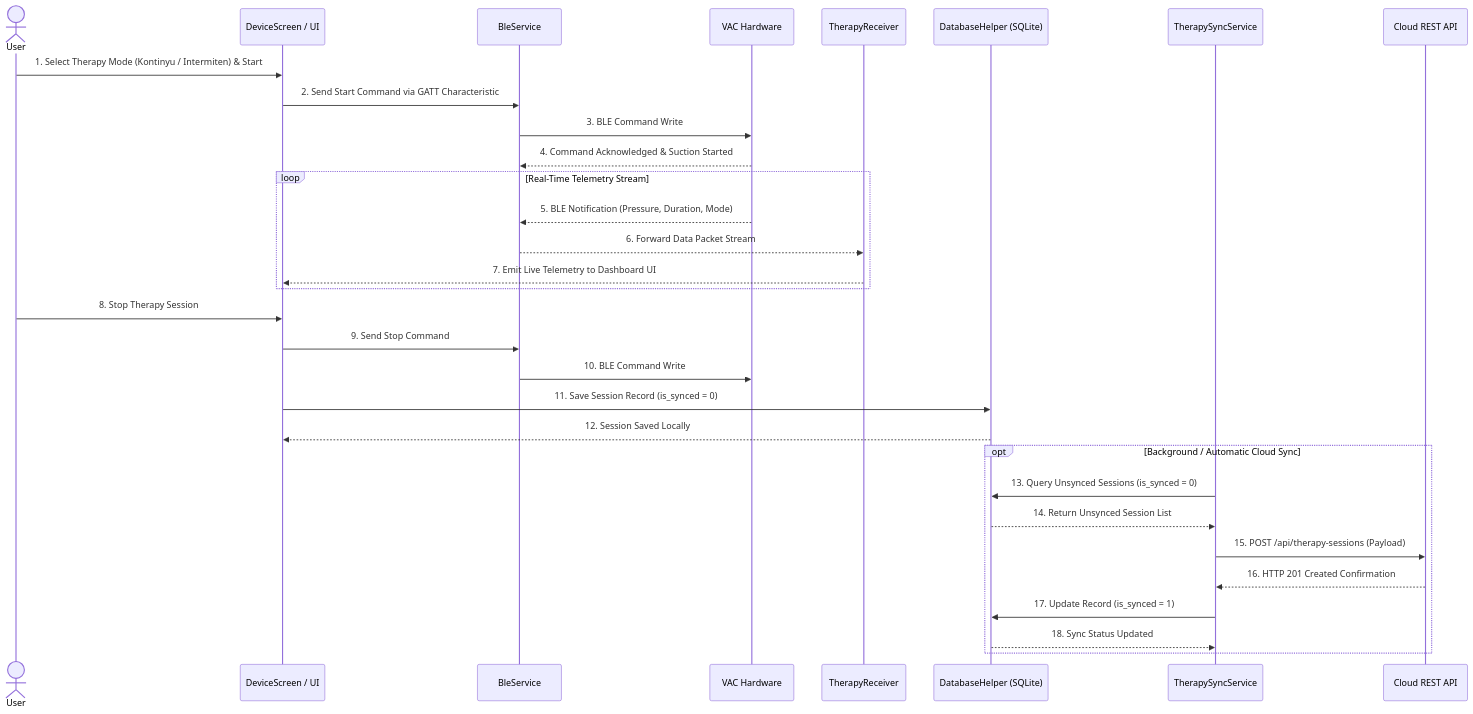
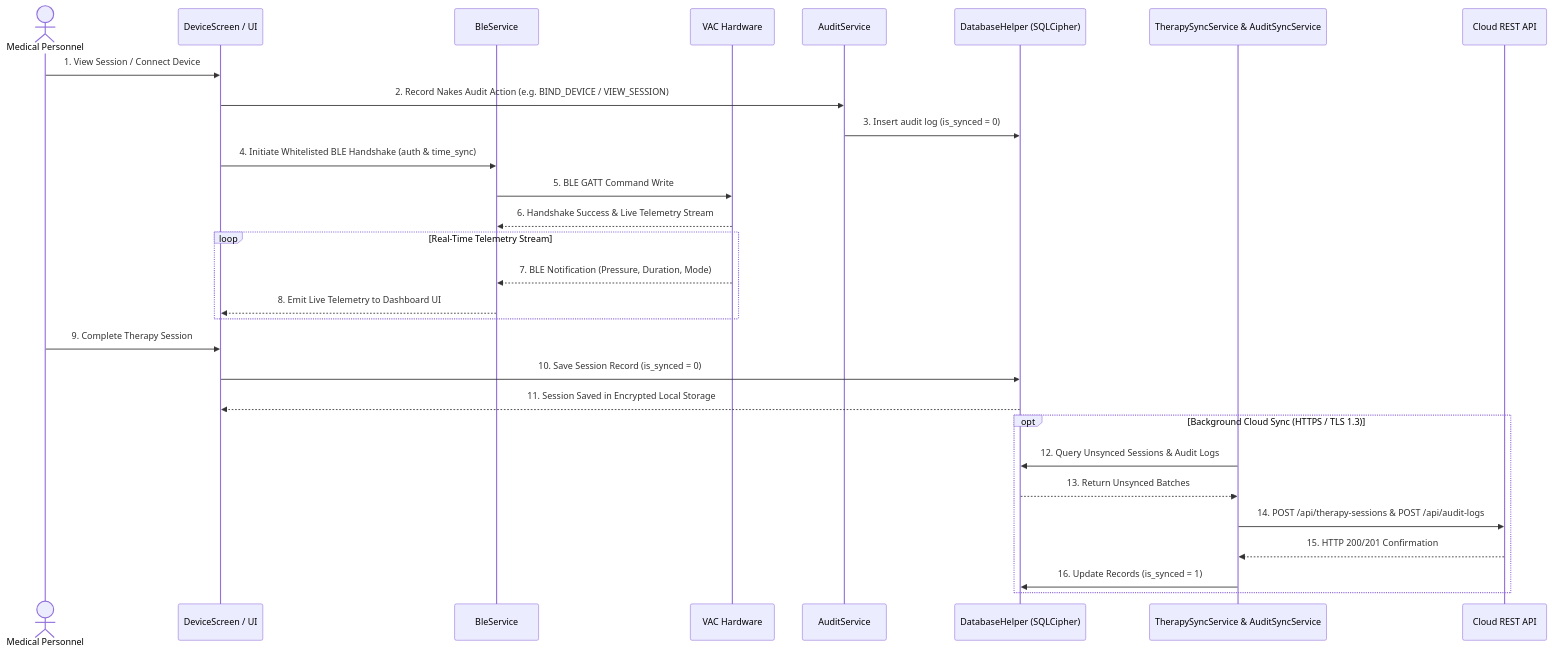
The third of 3 diagrams in README.md (nashirabbash/VAC-IoT), drawn with Mermaid before and after one commit. The commit also changed other lines of this file, not shown here.

Commit message:
docs: update README.md with SQLCipher, audit logs, BLE safety, and TLS 1.3 details

````diff
--- a/README.md
+++ b/README.md
@@ -545,41 +469,39 @@
 ```mermaid
 sequenceDiagram
     accTitle: End-to-End Therapy Session and Cloud Sync Flow
-    accDescr: Sequence diagram illustrating device connection, telemetry stream reception, session completion local persistence, and cloud sync.
+    accDescr: Sequence diagram illustrating device connection, telemetry stream reception, session completion local persistence, audit logging, and cloud sync.
 
-    actor User
+    actor User as Medical Personnel
     participant UI as DeviceScreen / UI
     participant BLE as BleService
     participant VAC as VAC Hardware
-    participant Rx as TherapyReceiver
-    participant DB as DatabaseHelper (SQLite)
-    participant Sync as TherapySyncService
+    participant Audit as AuditService
+    participant DB as DatabaseHelper (SQLCipher)
+    participant Sync as TherapySyncService & AuditSyncService
     participant API as Cloud REST API
 
-    User->>UI: 1. Select Therapy Mode (Kontinyu / Intermiten) & Start
-    UI->>BLE: 2. Send Start Command via GATT Characteristic
-    BLE->>VAC: 3. BLE Command Write
-    VAC-->>BLE: 4. Command Acknowledged & Suction Started
+    User->>UI: 1. View Session / Connect Device
+    UI->>Audit: 2. Record Nakes Audit Action (e.g. BIND_DEVICE / VIEW_SESSION)
+    Audit->>DB: 3. Insert audit log (is_synced = 0)
+    
+    UI->>BLE: 4. Initiate Whitelisted BLE Handshake (auth & time_sync)
+    BLE->>VAC: 5. BLE GATT Command Write
+    VAC-->>BLE: 6. Handshake Success & Live Telemetry Stream
     
     loop Real-Time Telemetry Stream
-        VAC-->>BLE: 5. BLE Notification (Pressure, Duration, Mode)
-        BLE-->>Rx: 6. Forward Data Packet Stream
-        Rx-->>UI: 7. Emit Live Telemetry to Dashboard UI
+        VAC-->>BLE: 7. BLE Notification (Pressure, Duration, Mode)
+        BLE-->>UI: 8. Emit Live Telemetry to Dashboard UI
     end
 
-    User->>UI: 8. Stop Therapy Session
-    UI->>BLE: 9. Send Stop Command
-    BLE->>VAC: 10. BLE Command Write
-    
-    UI->>DB: 11. Save Session Record (is_synced = 0)
-    DB-->>UI: 12. Session Saved Locally
+    User->>UI: 9. Complete Therapy Session
+    UI->>DB: 10. Save Session Record (is_synced = 0)
+    DB-->>UI: 11. Session Saved in Encrypted Local Storage
 
-    opt Background / Automatic Cloud Sync
-        Sync->>DB: 13. Query Unsynced Sessions (is_synced = 0)
-        DB-->>Sync: 14. Return Unsynced Session List
-        Sync->>API: 15. POST /api/therapy-sessions (Payload)
-        API-->>Sync: 16. HTTP 201 Created Confirmation
-        Sync->>DB: 17. Update Record (is_synced = 1)
-        DB-->>Sync: 18. Sync Status Updated
+    opt Background Cloud Sync (HTTPS / TLS 1.3)
+        Sync->>DB: 12. Query Unsynced Sessions & Audit Logs
+        DB-->>Sync: 13. Return Unsynced Batches
+        Sync->>API: 14. POST /api/therapy-sessions & POST /api/audit-logs
+        API-->>Sync: 15. HTTP 200/201 Confirmation
+        Sync->>DB: 16. Update Records (is_synced = 1)
     end
 ```
````
